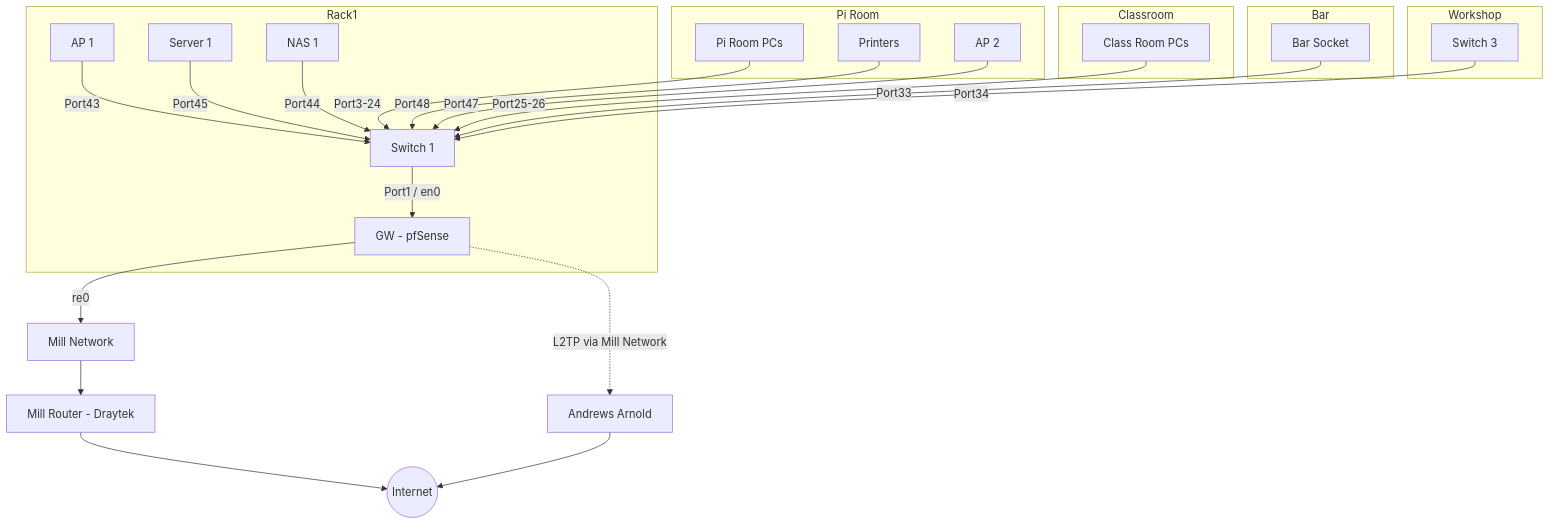
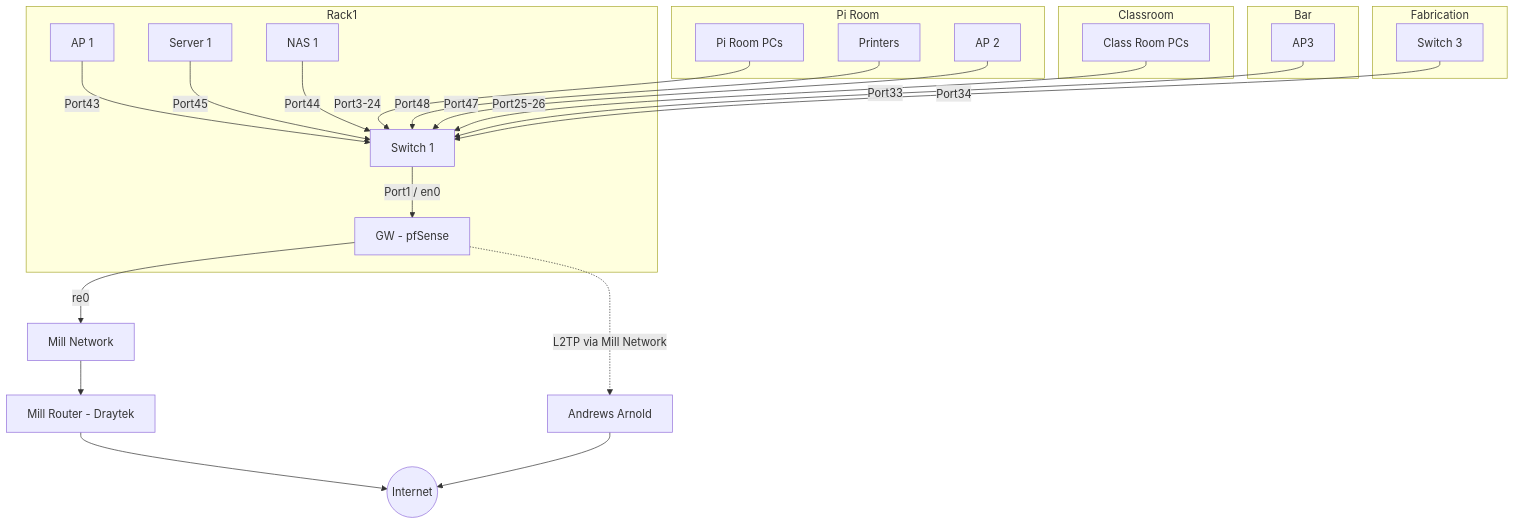
Before and after one commit to leigh-hackspace/HackspaceWiki: the first of 2 diagrams in docs/infrastructure/network_layout.md, drawn with Mermaid. The commit also changed other lines of this file, not shown here.

Commit message:
Reorder network diagram page

````diff
--- a/docs/infrastructure/network_layout.md
+++ b/docs/infrastructure/network_layout.md
@@ -20,33 +7,33 @@
 ```mermaid
 graph 
     subgraph Rack1
     GW[GW - pfSense] 
     AP[AP 1] -->|Port43| SWITCH1
     SWITCH1[Switch 1] -->|Port1 / en0| GW
     SERVER1[Server 1] -->|Port45| SWITCH1
     NAS1[NAS 1] --> |Port44| SWITCH1
     end
 
     GW -->|re0| MILL
     GW -. L2TP via Mill Network .-> AAISP
     MILL[Mill Network] --> MILLROUTER[Mill Router - Draytek] --> INTERNET((Internet))
     AAISP[Andrews Arnold] --> INTERNET
     
     subgraph Pi Room
     PIROOMPC[Pi Room PCs] -->|Port3-24| SWITCH1
     PRINTERS[Printers] -->|Port48| SWITCH1
     PIROOMAP[AP 2] --> |Port47| SWITCH1
     end
 
     subgraph Classroom
     CLASSROOMPC[Class Room PCs] -->|Port25-26| SWITCH1
     end
     
     subgraph Bar
-    BAR[Bar Socket] -->|Port33| SWITCH1
+    AP3[AP3] -->|Port33| SWITCH1
     end
     
-    subgraph Workshop
+    subgraph Fabrication
     SWITCH3[Switch 3] -->|Port34| SWITCH1
     end
 ```
````
